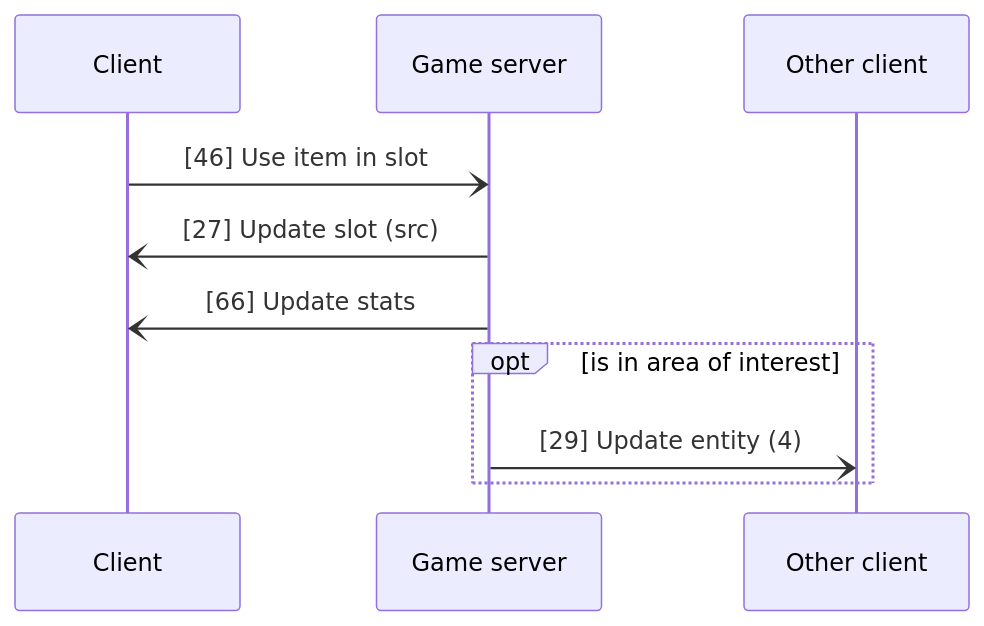
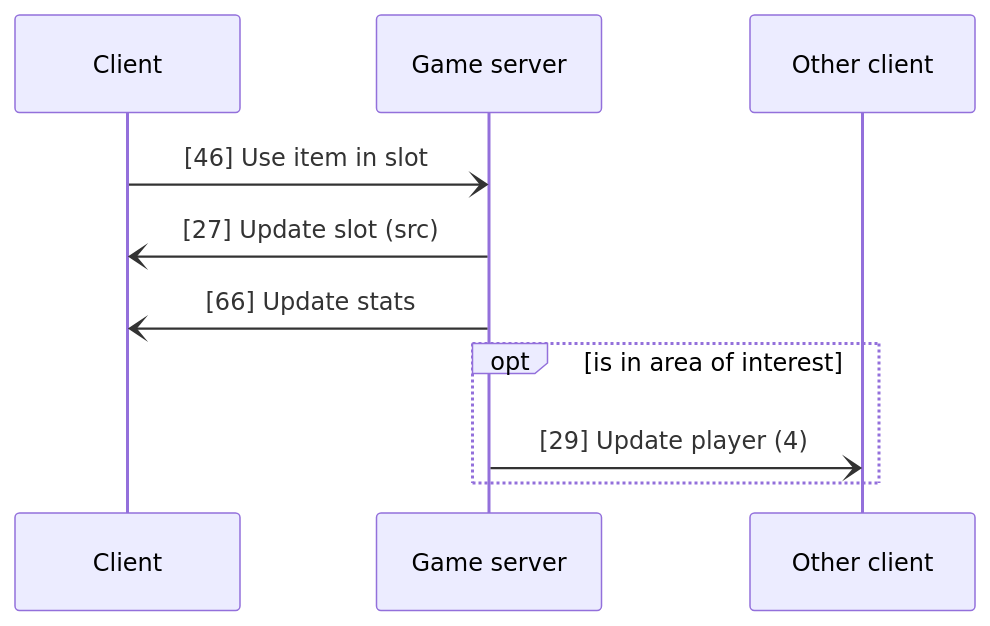
One commit to fygonzalo/banana changed diagram 12 of 15 in README.md. Above: the diagram before and after it, drawn with Mermaid. The commit also changed other lines of this file, not shown here.

````diff
--- a/README.md
+++ b/README.md
@@ -287,12 +290,12 @@
 ```mermaid
 sequenceDiagram
     participant Client
     participant Game server
     participant Other client
     Client-)Game server: [46] Use item in slot
     Game server-)Client: [27] Update slot (src)
     Game server-)Client: [66] Update stats
     opt is in area of interest
-    Game server-)Other client: [29] Update entity (4)
+    Game server-)Other client: [29] Update player (4)
     end
 ```
````
